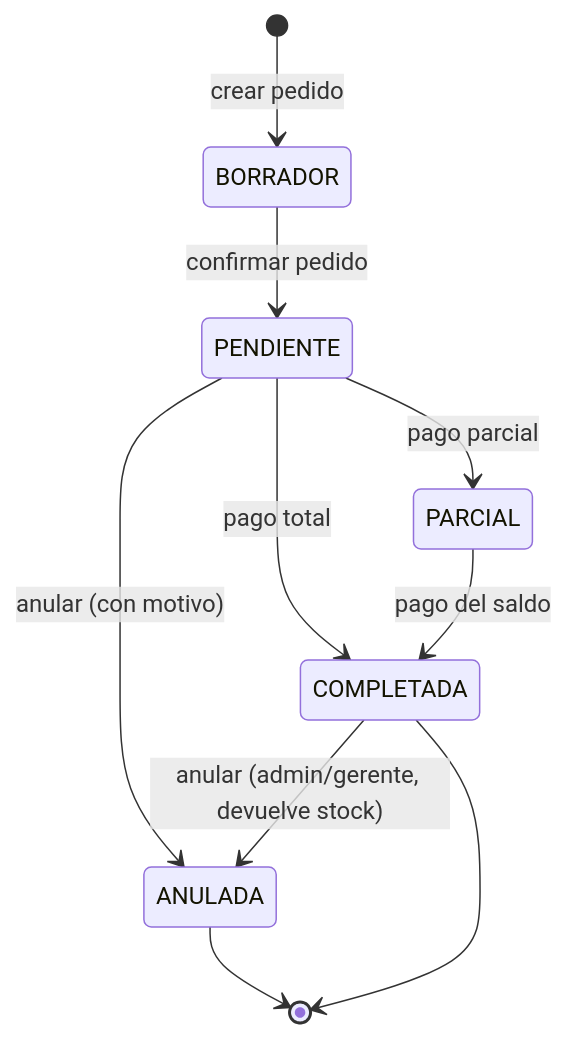
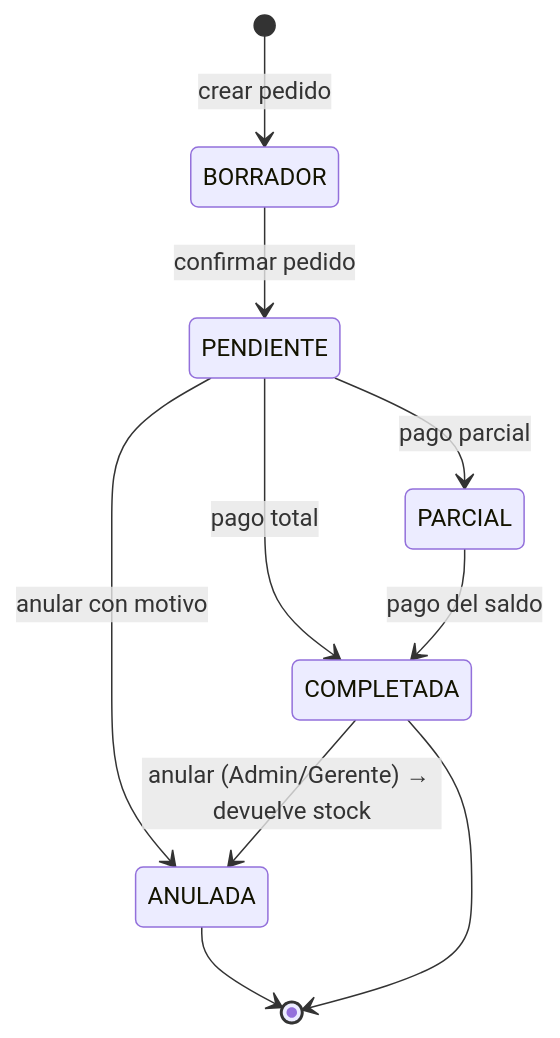
The third of 5 diagrams in docs/01_requisitos.md (Grupo-04-Senati/SALESIA-ENTERPRISE), drawn with Mermaid before and after one commit. The commit also changed other lines of this file, not shown here.

````diff
--- a/docs/01_requisitos.md
+++ b/docs/01_requisitos.md
@@ -174,12 +221,12 @@
 ```mermaid
 stateDiagram-v2
     [*] --> BORRADOR: crear pedido
     BORRADOR --> PENDIENTE: confirmar pedido
     PENDIENTE --> COMPLETADA: pago total
     PENDIENTE --> PARCIAL: pago parcial
     PARCIAL --> COMPLETADA: pago del saldo
-    PENDIENTE --> ANULADA: anular (con motivo)
-    COMPLETADA --> ANULADA: anular (admin/gerente, devuelve stock)
+    PENDIENTE --> ANULADA: anular con motivo
+    COMPLETADA --> ANULADA: anular (Admin/Gerente) → devuelve stock
     ANULADA --> [*]
     COMPLETADA --> [*]
 ```
````
